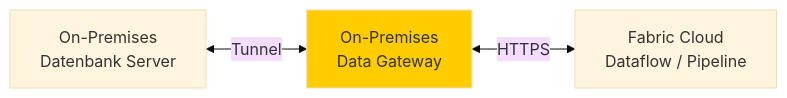
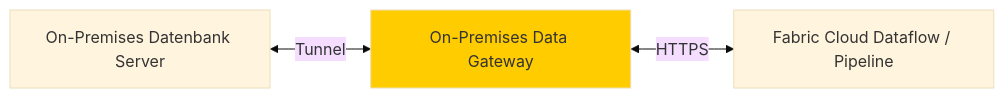
Before and after one commit to SoniiiT/notes-n-docs: the fourth of 7 diagrams in Microsoft 365/Azure/Fabric/Fabric Data Factory.md, drawn with Mermaid (base theme). The commit also changed other lines of this file and 124 other files, not shown here.

First line of the commit message:
fix: Entferne \n aus allen Mermaid-Diagrammen (125 Dateien)

````diff
--- a/Microsoft 365/Azure/Fabric/Fabric Data Factory.md
+++ b/Microsoft 365/Azure/Fabric/Fabric Data Factory.md
@@ -270,7 +270,7 @@
 ```mermaid
 graph LR
-    ONPREM[On-Premises\nDatenbank Server] <-->|Tunnel| GW[On-Premises\nData Gateway]
-    GW <-->|HTTPS| FABRIC[Fabric Cloud\nDataflow / Pipeline]
+    ONPREM[On-Premises Datenbank Server] <-->|Tunnel| GW[On-Premises Data Gateway]
+    GW <-->|HTTPS| FABRIC[Fabric Cloud Dataflow / Pipeline]
     
     style GW fill:#ffcc00
 ```
````
